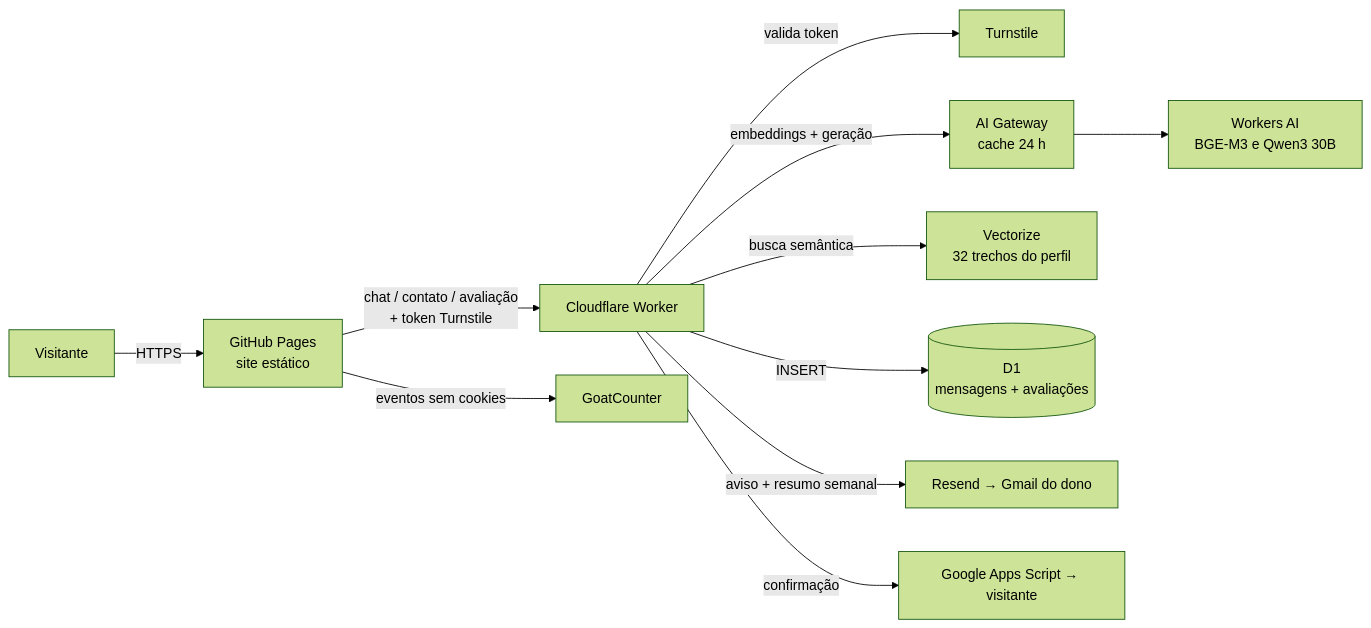
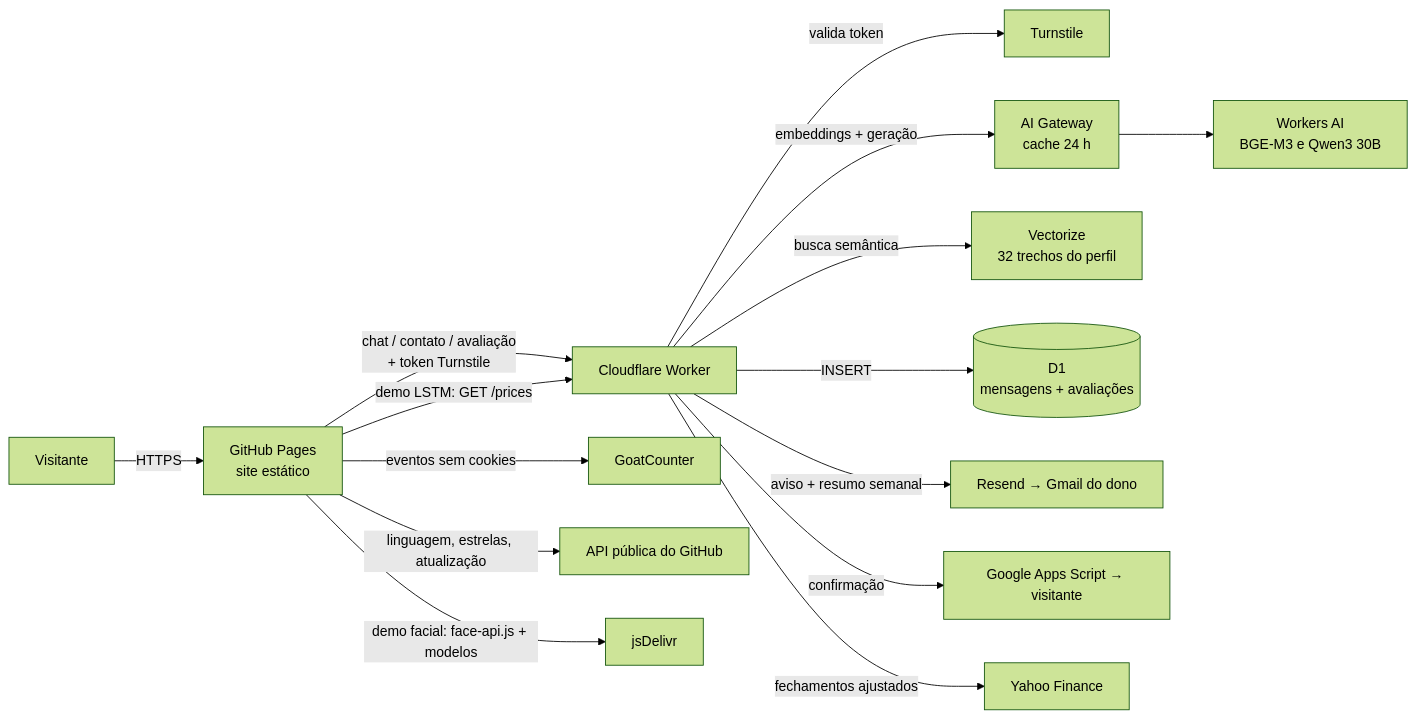
Before and after one commit to emanueleborges/emanueleborges.github.io: the diagram in README.pt-BR.md, drawn with Mermaid (forest theme). The commit also changed other lines of this file and 12 other files, not shown here.

First line of the commit message:
Docs: demos de IA, PWA, dados do GitHub e rota de preços na documentação

````diff
--- a/README.pt-BR.md
+++ b/README.pt-BR.md
@@ -56,13 +58,17 @@
 ```mermaid
 flowchart LR
   V[Visitante] -->|HTTPS| GP[GitHub Pages<br/>site estático]
   GP -->|chat / contato / avaliação<br/>+ token Turnstile| W[Cloudflare Worker]
   W -->|valida token| TS[Turnstile]
   W -->|embeddings + geração| GW[AI Gateway<br/>cache 24 h]
   GW --> AI[Workers AI<br/>BGE-M3 e Qwen3 30B]
   W -->|busca semântica| VZ[Vectorize<br/>32 trechos do perfil]
   W -->|INSERT| D1[(D1<br/>mensagens + avaliações)]
   W -->|aviso + resumo semanal| RS[Resend → Gmail do dono]
   W -->|confirmação| GAS[Google Apps Script → visitante]
   GP -->|eventos sem cookies| GC[GoatCounter]
+  GP -->|linguagem, estrelas, atualização| GH[API pública do GitHub]
+  GP -->|demo LSTM: GET /prices| W
+  W -->|fechamentos ajustados| YF[Yahoo Finance]
+  GP -->|demo facial: face-api.js + modelos| CDN[jsDelivr]
 ```
````
